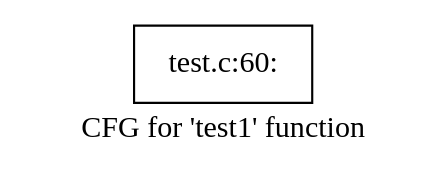
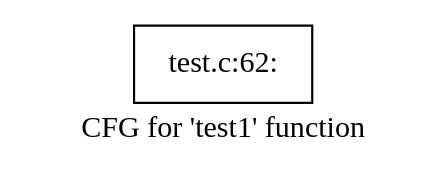
The diagram in testing/temp/dot-files/cfg.test1.dot (williamslay/NJUPT_Bachelor), drawn with Graphviz before and after one commit. The commit also changed 34 other files, not shown here.

```diff
--- a/testing/temp/dot-files/cfg.test1.dot
+++ b/testing/temp/dot-files/cfg.test1.dot
@@ -1,5 +1,5 @@
 digraph "CFG for 'test1' function" {
 	label="CFG for 'test1' function";
 
-	Node0x55c0d679cc80 [shape=record,label="{test.c:60:}"];
+	Node0x561f1ae8c010 [shape=record,label="{test.c:62:}"];
 }
```
